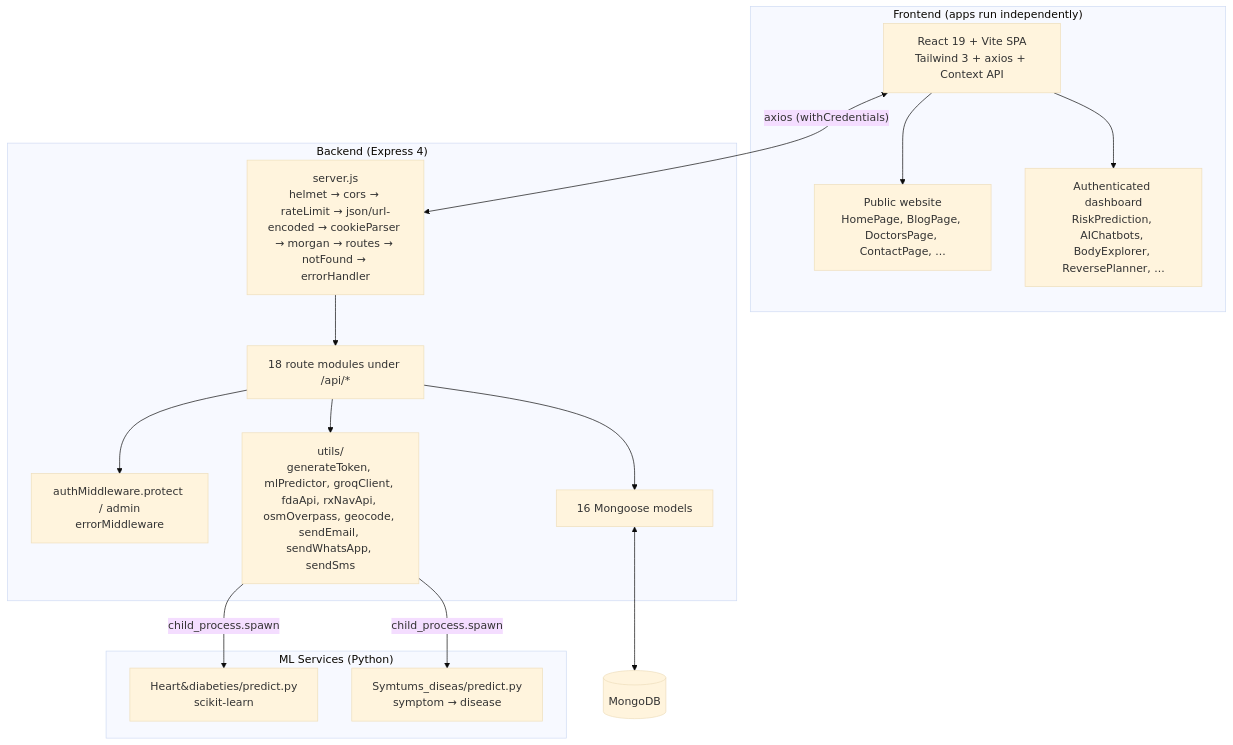
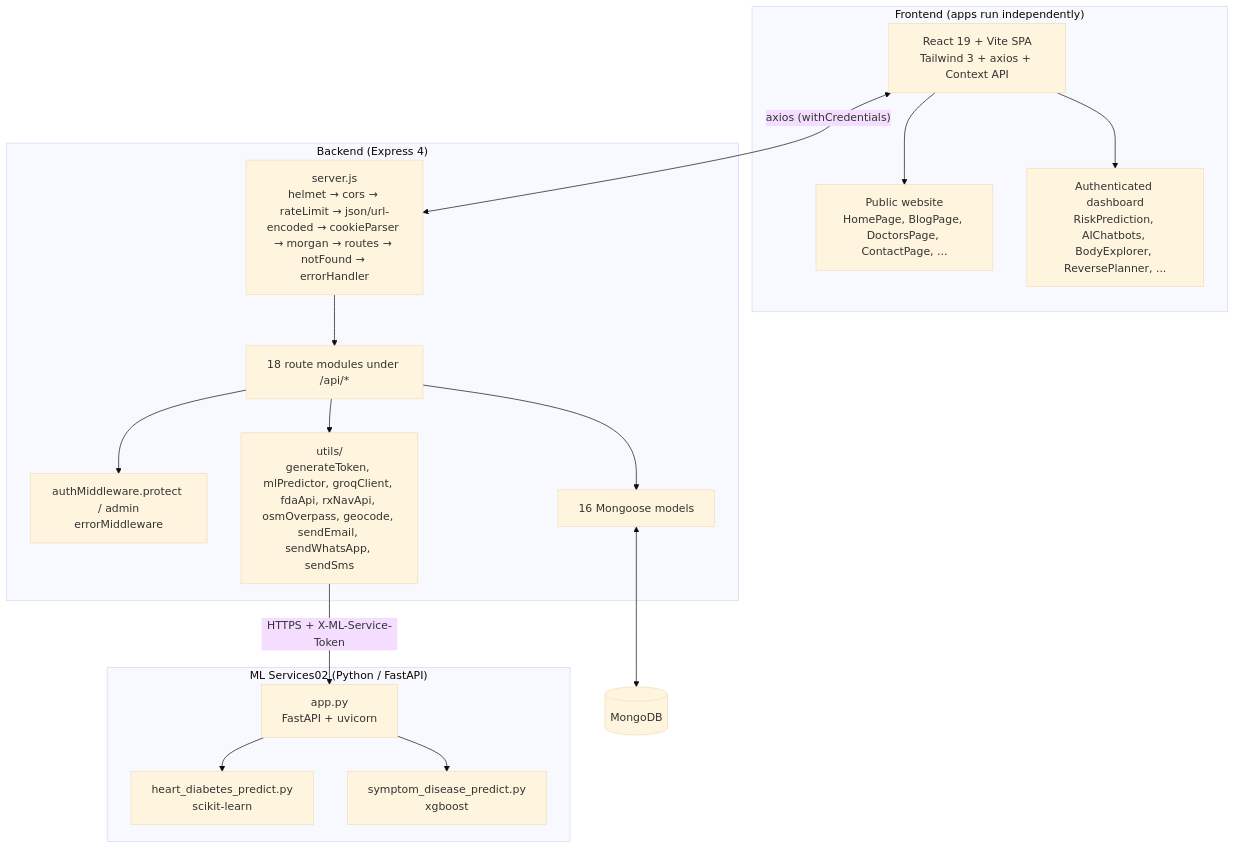
Before and after one commit to aaditya09750/HealanceAI-Orbit: the second of 6 diagrams in ARCHITECTURE.md, drawn with Mermaid (base theme). The commit also changed other lines of this file and 4 other files, not shown here.

````diff
--- a/ARCHITECTURE.md
+++ b/ARCHITECTURE.md
@@ -45,31 +45,33 @@
 ```mermaid
 flowchart TB
   subgraph Frontend["Frontend (apps run independently)"]
     spa[React 19 + Vite SPA<br/>Tailwind 3 + axios + Context API]
     public[Public website<br/>HomePage, BlogPage, DoctorsPage, ContactPage, ...]
     dash[Authenticated dashboard<br/>RiskPrediction, AIChatbots, BodyExplorer, ReversePlanner, ...]
     spa --> public
     spa --> dash
   end
 
   subgraph Backend["Backend (Express 4)"]
     server[server.js<br/>helmet → cors → rateLimit → json/url-encoded → cookieParser → morgan → routes → notFound → errorHandler]
     routes[18 route modules under /api/*]
     middleware[authMiddleware.protect / admin<br/>errorMiddleware]
     utils[utils/<br/>generateToken, mlPredictor, groqClient, fdaApi, rxNavApi, osmOverpass, geocode, sendEmail, sendWhatsApp, sendSms]
     models[16 Mongoose models]
     server --> routes --> middleware
     routes --> utils
     routes --> models
   end
 
-  subgraph ML["ML Services (Python)"]
-    heart[Heart&diabeties/predict.py<br/>scikit-learn]
-    sym[Symtums_diseas/predict.py<br/>symptom → disease]
+  subgraph ML["ML Services02 (Python / FastAPI)"]
+    app[app.py<br/>FastAPI + uvicorn]
+    heart[heart_diabetes_predict.py<br/>scikit-learn]
+    sym[symptom_disease_predict.py<br/>xgboost]
+    app --> heart
+    app --> sym
   end
 
   spa <-->|"axios (withCredentials)"| server
-  utils -->|child_process.spawn| heart
-  utils -->|child_process.spawn| sym
+  utils -->|"HTTPS + X-ML-Service-Token"| app
   models <--> mongo[(MongoDB)]
 ```
````
